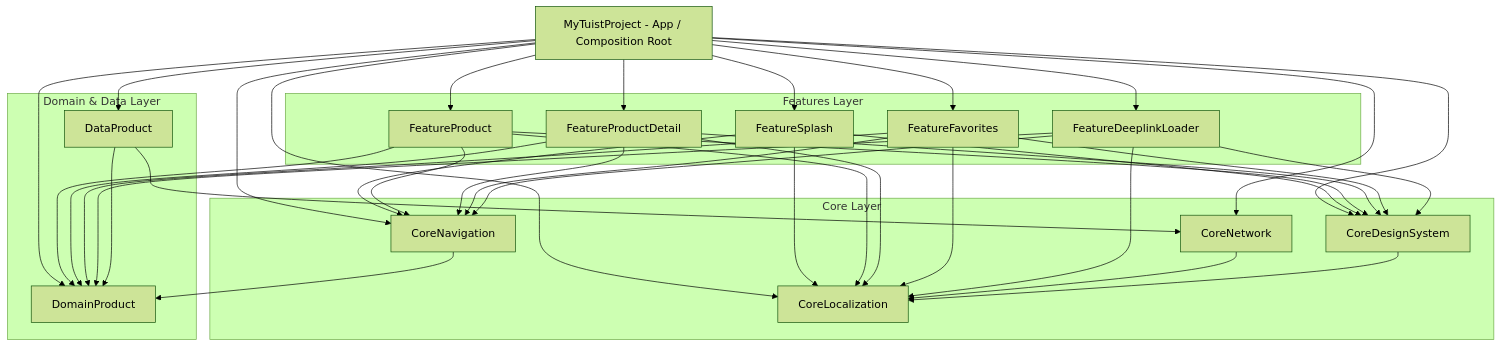
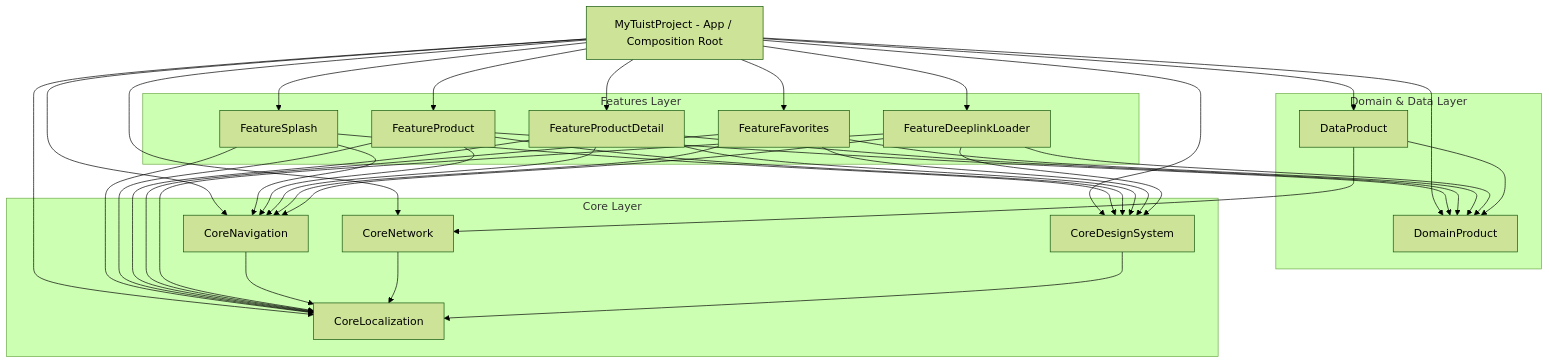
Before and after one commit to raditsan/MyTuistProject: the diagram in README.md, drawn with Mermaid (forest theme). The commit also changed other lines of this file and 10 other files, not shown here.

````diff
--- a/README.md
+++ b/README.md
@@ -154,71 +154,71 @@
 ```mermaid
 graph TD
     App[MyTuistProject - App / Composition Root]
 
     subgraph Features Layer
         FS[FeatureSplash]
         FP[FeatureProduct]
         FPD[FeatureProductDetail]
         FF[FeatureFavorites]
         FDL[FeatureDeeplinkLoader]
     end
 
     subgraph Domain & Data Layer
         Domain[DomainProduct]
         Data[DataProduct]
     end
 
     subgraph Core Layer
         Nav[CoreNavigation]
         DS[CoreDesignSystem]
         Net[CoreNetwork]
         Loc[CoreLocalization]
     end
 
     %% App Dependencies
     App --> FS
     App --> FP
     App --> FPD
     App --> FF
     App --> FDL
     App --> Domain
     App --> Data
     App --> Nav
     App --> DS
     App --> Net
     App --> Loc
 
     %% Features Dependencies
     FS --> Nav
     FS --> DS
     FS --> Loc
     
     FP --> Nav
     FP --> DS
     FP --> Domain
     FP --> Loc
     
     FPD --> Nav
     FPD --> DS
     FPD --> Domain
     FPD --> Loc
 
     FF --> Nav
     FF --> DS
     FF --> Domain
     FF --> Loc
 
     FDL --> Nav
     FDL --> DS
     FDL --> Domain
     FDL --> Loc
 
     %% Data & Domain Dependencies
     Data --> Domain
     Data --> Net
 
     %% Core Dependencies
-    Nav --> Domain
+    Nav --> Loc
     Net --> Loc
     DS --> Loc
 ```
````
